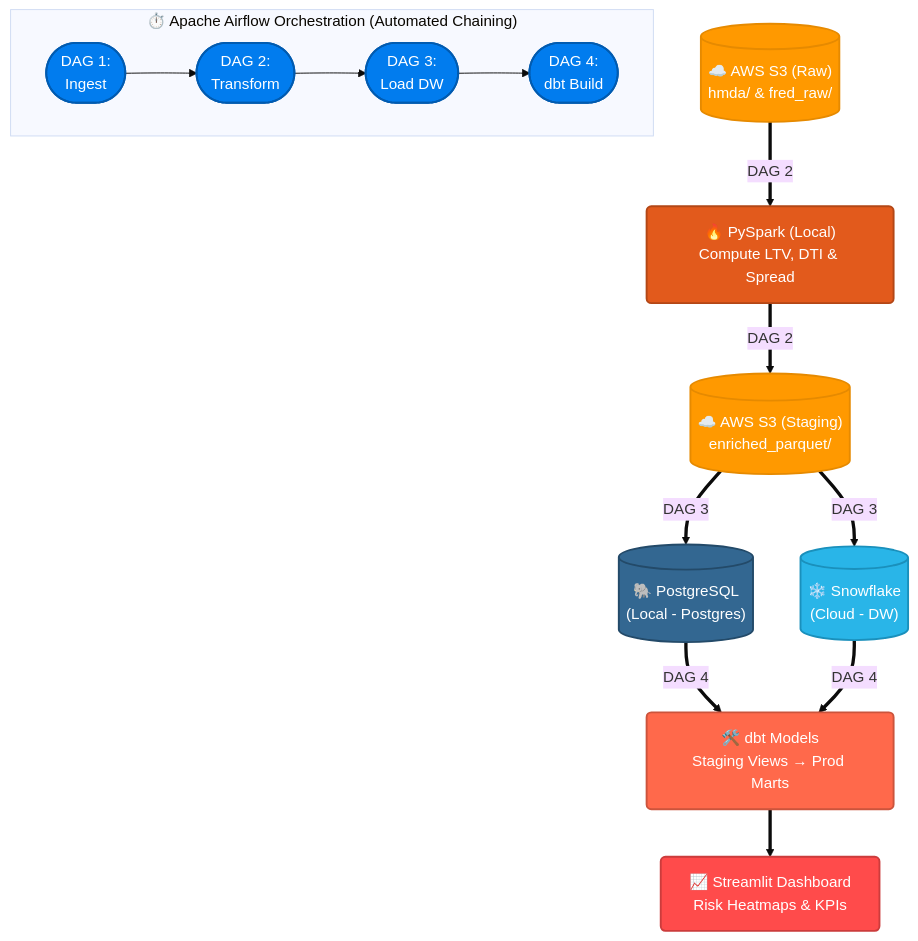
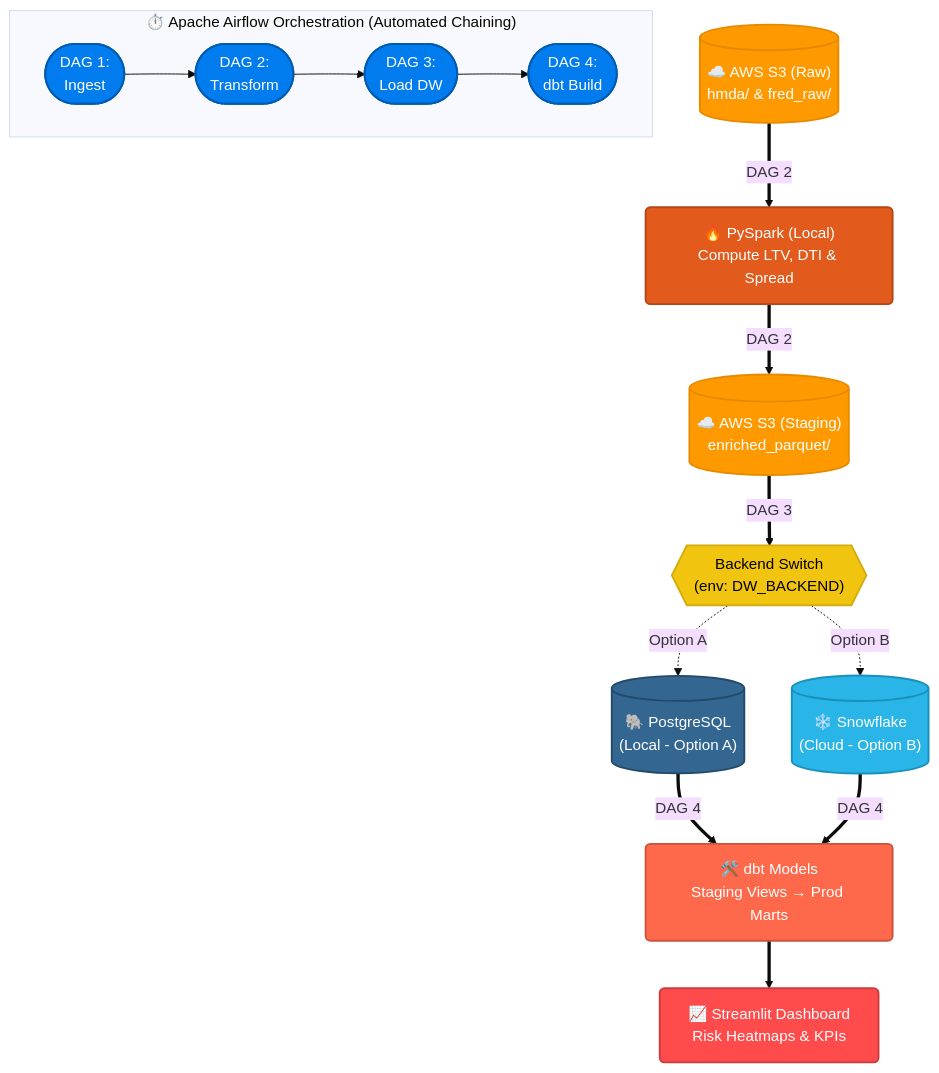
The first of 2 diagrams in README.md (lamsaoco/credit-risk-monitoring-pipeline), drawn with Mermaid (base theme) before and after one commit. The commit also changed other lines of this file, not shown here.

````diff
--- a/README.md
+++ b/README.md
@@ -79,46 +79,55 @@
 ```mermaid
 flowchart TD
     %% Nodes
     S3_Raw[("☁️ AWS S3 (Raw)<br>hmda/ & fred_raw/")]
     PySpark["🔥 PySpark (Local)<br>Compute LTV, DTI & Spread"]
     S3_Staging[("☁️ AWS S3 (Staging)<br>enriched_parquet/")]
     
-    PG[("🐘 PostgreSQL<br>(Local - Postgres)")]
-    SF[("❄️ Snowflake<br>(Cloud - DW)")]
+    %% Target choice
+    TargetChoice{{"Backend Switch<br>(env: DW_BACKEND)"}}
+    
+    PG[("🐘 PostgreSQL<br>(Local - Option A)")]
+    SF[("❄️ Snowflake<br>(Cloud - Option B)")]
     
     DBT["🛠️ dbt Models<br>Staging Views → Prod Marts"]
     Streamlit["📈 Streamlit Dashboard<br>Risk Heatmaps & KPIs"]
     
     %% Orchestration
     subgraph Airflow ["⏱️ Apache Airflow Orchestration (Automated Chaining)"]
         direction LR
         DAG1(["DAG 1:<br>Ingest"]) --> DAG2(["DAG 2:<br>Transform"])
         DAG2 --> DAG3(["DAG 3:<br>Load DW"])
         DAG3 --> DAG4(["DAG 4:<br>dbt Build"])
     end
 
     %% Data Flow
     S3_Raw == "DAG 2" ==> PySpark
     PySpark == "DAG 2" ==> S3_Staging
-    S3_Staging == "DAG 3" ==> PG & SF
+    
+    S3_Staging == "DAG 3" ==> TargetChoice
+    TargetChoice -. "Option A" .-> PG
+    TargetChoice -. "Option B" .-> SF
+    
     PG == "DAG 4" ==> DBT
     SF == "DAG 4" ==> DBT
     DBT ==> Streamlit
 
     %% Styling
     classDef s3 fill:#FF9900,color:#fff,stroke:#e68a00,stroke-width:2px,rx:5px,ry:5px;
     classDef spark fill:#E25A1C,color:#fff,stroke:#b34716,stroke-width:2px,rx:5px,ry:5px;
     classDef dw fill:#29B5E8,color:#fff,stroke:#1a90bc,stroke-width:2px,rx:5px,ry:5px;
     classDef pg fill:#336791,color:#fff,stroke:#234a69,stroke-width:2px,rx:5px,ry:5px;
     classDef dbt fill:#FF694B,color:#fff,stroke:#cc543c,stroke-width:2px,rx:5px,ry:5px;
     classDef app fill:#FF4B4B,color:#fff,stroke:#cc3c3c,stroke-width:2px,rx:5px,ry:5px;
     classDef airflow fill:#017CEE,color:#fff,stroke:#015bb0,stroke-width:2px;
+    classDef choice fill:#f1c40f,color:#000,stroke:#d4ac0d,stroke-width:2px;
     
     class S3_Raw,S3_Staging s3;
     class PySpark spark;
     class SF dw;
     class PG pg;
     class DBT dbt;
     class Streamlit app;
     class DAG1,DAG2,DAG3,DAG4 airflow;
+    class TargetChoice choice;
 ```
````
